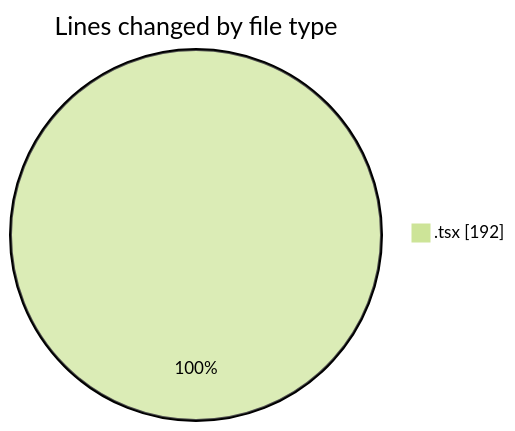
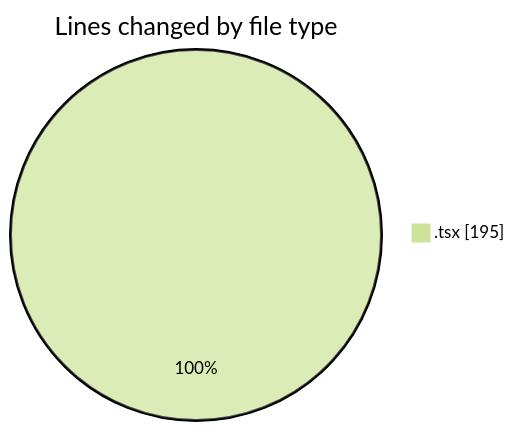
Before and after one commit to momahboobian/code-tracking: the first of 2 diagrams in 2025-01-20/activity-tracker/README.md, drawn with Mermaid (forest theme). The commit also changed other lines of this file and 1 other file, not shown here.

````diff
--- a/2025-01-20/activity-tracker/README.md
+++ b/2025-01-20/activity-tracker/README.md
@@ -21,5 +21,5 @@
 ```mermaid
 pie showData
 title Lines changed by file type
-".tsx" : 192
+".tsx" : 195
 ```
````
